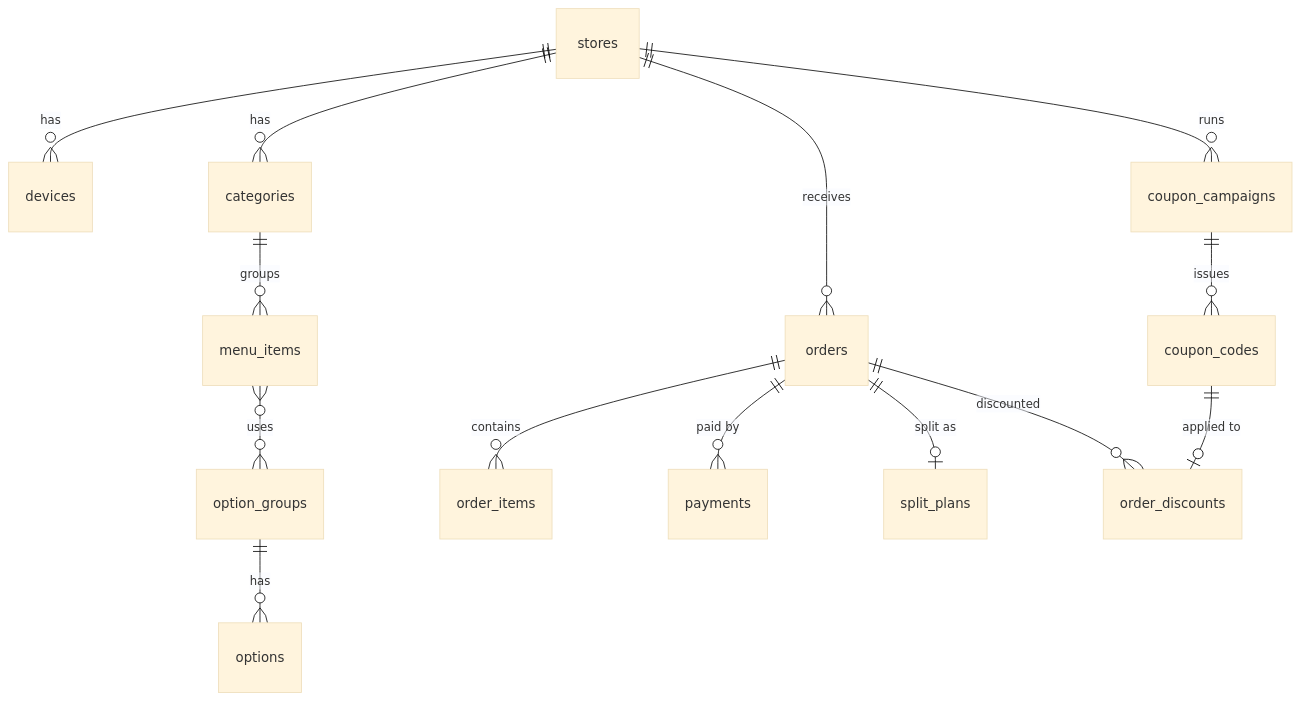
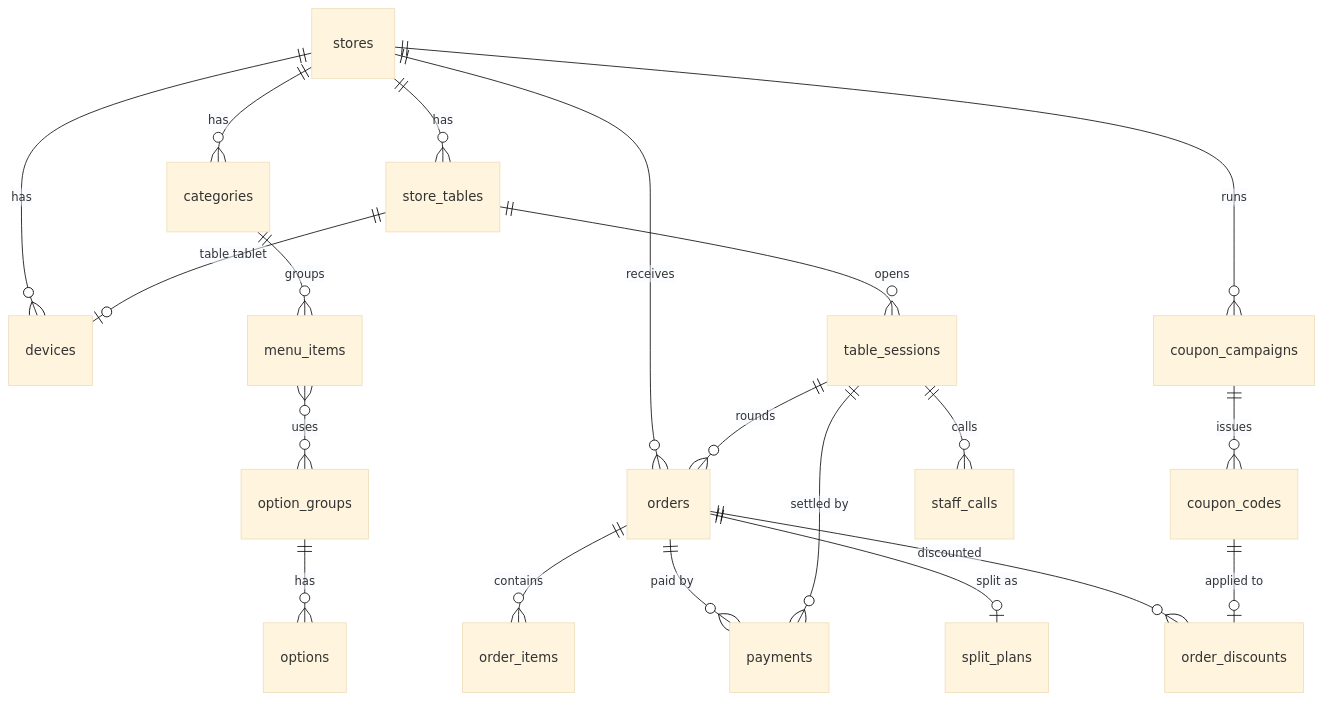
Before and after one commit to DevOps0906/tablet-kiosk-core: the diagram in docs/07-data-model.md, drawn with Mermaid (base theme). The commit also changed other lines of this file and 19 other files, not shown here.

````diff
--- a/docs/07-data-model.md
+++ b/docs/07-data-model.md
@@ -62,16 +74,22 @@
 ```mermaid
 erDiagram
   stores ||--o{ devices : has
   stores ||--o{ categories : has
   categories ||--o{ menu_items : groups
   menu_items }o--o{ option_groups : uses
   option_groups ||--o{ options : has
   stores ||--o{ orders : receives
   orders ||--o{ order_items : contains
   orders ||--o{ payments : "paid by"
   orders ||--o| split_plans : "split as"
   orders ||--o{ order_discounts : discounted
   coupon_campaigns ||--o{ coupon_codes : issues
   coupon_codes ||--o| order_discounts : "applied to"
   stores ||--o{ coupon_campaigns : runs
+  stores ||--o{ store_tables : has
+  store_tables ||--o{ table_sessions : "opens"
+  table_sessions ||--o{ orders : "rounds"
+  table_sessions ||--o{ payments : "settled by"
+  table_sessions ||--o{ staff_calls : "calls"
+  store_tables ||--o| devices : "table tablet"
 ```
````
